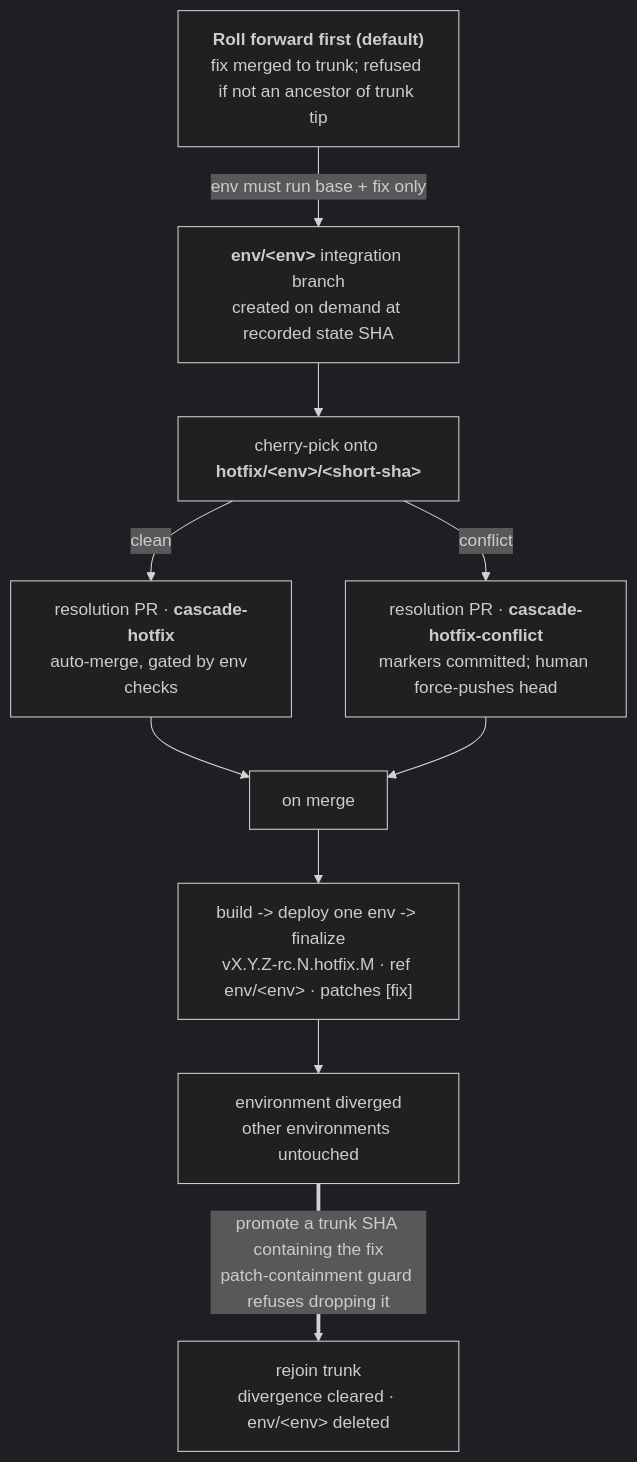
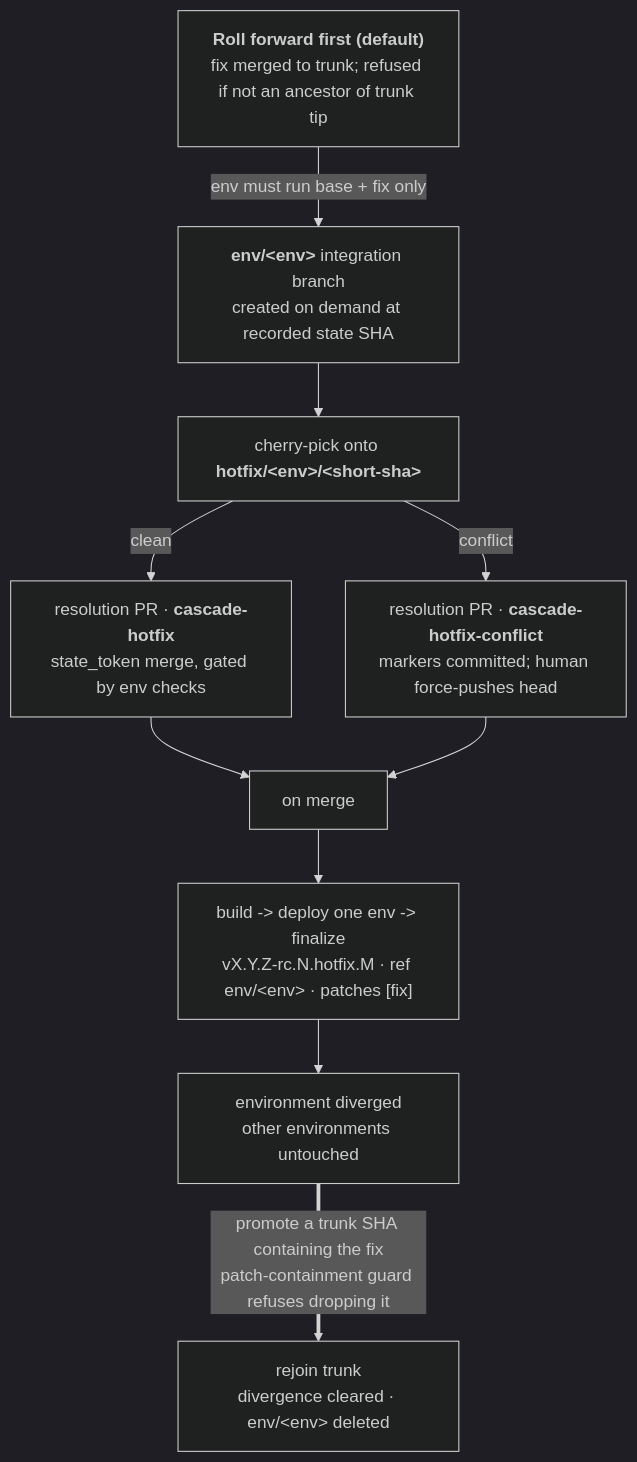
Before and after one commit to stablekernel/cascade: the third of 3 diagrams in docs/src/content/docs/workflows.md, drawn with Mermaid (dark theme). The commit also changed other lines of this file and 2 other files, not shown here.

First line of the commit message:
fix: drive hotfix finalize via trigger-capable state token merge

````diff
--- a/docs/src/content/docs/workflows.md
+++ b/docs/src/content/docs/workflows.md
@@ -257,13 +257,13 @@
 ```mermaid
 flowchart TD
     RF["<b>Roll forward first (default)</b><br/>fix merged to trunk; refused if not an ancestor of trunk tip"]
     RF -- "env must run base + fix only" --> IB["<b>env/&lt;env&gt;</b> integration branch<br/>created on demand at recorded state SHA"]
     IB --> CP["cherry-pick onto <b>hotfix/&lt;env&gt;/&lt;short-sha&gt;</b>"]
-    CP -- "clean" --> PRclean["resolution PR · <b>cascade-hotfix</b><br/>auto-merge, gated by env checks"]
+    CP -- "clean" --> PRclean["resolution PR · <b>cascade-hotfix</b><br/>state_token merge, gated by env checks"]
     CP -- "conflict" --> PRconf["resolution PR · <b>cascade-hotfix-conflict</b><br/>markers committed; human force-pushes head"]
     PRclean --> MERGE["on merge"]
     PRconf --> MERGE
     MERGE --> FIN["build -> deploy one env -> finalize<br/>vX.Y.Z-rc.N.hotfix.M · ref env/&lt;env&gt; · patches [fix]"]
     FIN --> DIV["environment diverged<br/>other environments untouched"]
     DIV == "promote a trunk SHA containing the fix<br/>patch-containment guard refuses dropping it" ==> REJOIN["rejoin trunk<br/>divergence cleared · env/&lt;env&gt; deleted"]
 ```
````
